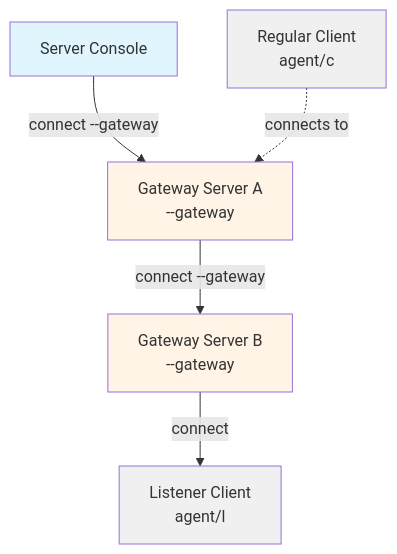
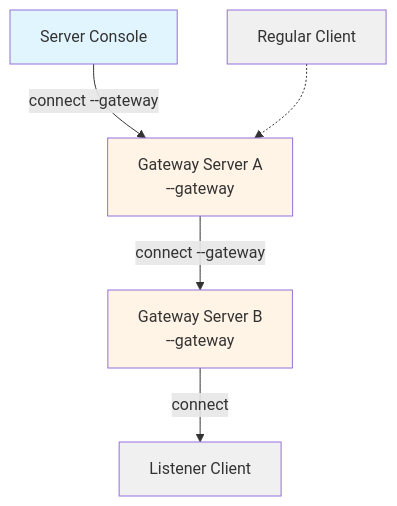
One commit to rurreac/slider changed the diagram in README.md. Above: the diagram before and after it, drawn with Mermaid.

````diff
--- a/README.md
+++ b/README.md
@@ -219,19 +219,19 @@
 ```mermaid
 graph TD
     Console[Server Console]
     GW1[Gateway Server A<br/>--gateway]
     GW2[Gateway Server B<br/>--gateway]
-    Client1[Regular Client<br/>agent/c]
-    Client2[Listener Client<br/>agent/l]
+    Client1[Regular Client]
+    Client2[Listener Client]
     
     Console -->|connect --gateway| GW1
     GW1 -->|connect --gateway| GW2
-    Client1 -.->|connects to| GW1
+    Client1 -.-> GW1
     GW2 -->|connect| Client2
     
     style Console fill:#e1f5ff
     style GW1 fill:#fff4e6
     style GW2 fill:#fff4e6
     style Client1 fill:#f0f0f0
     style Client2 fill:#f0f0f0
 ```
````
